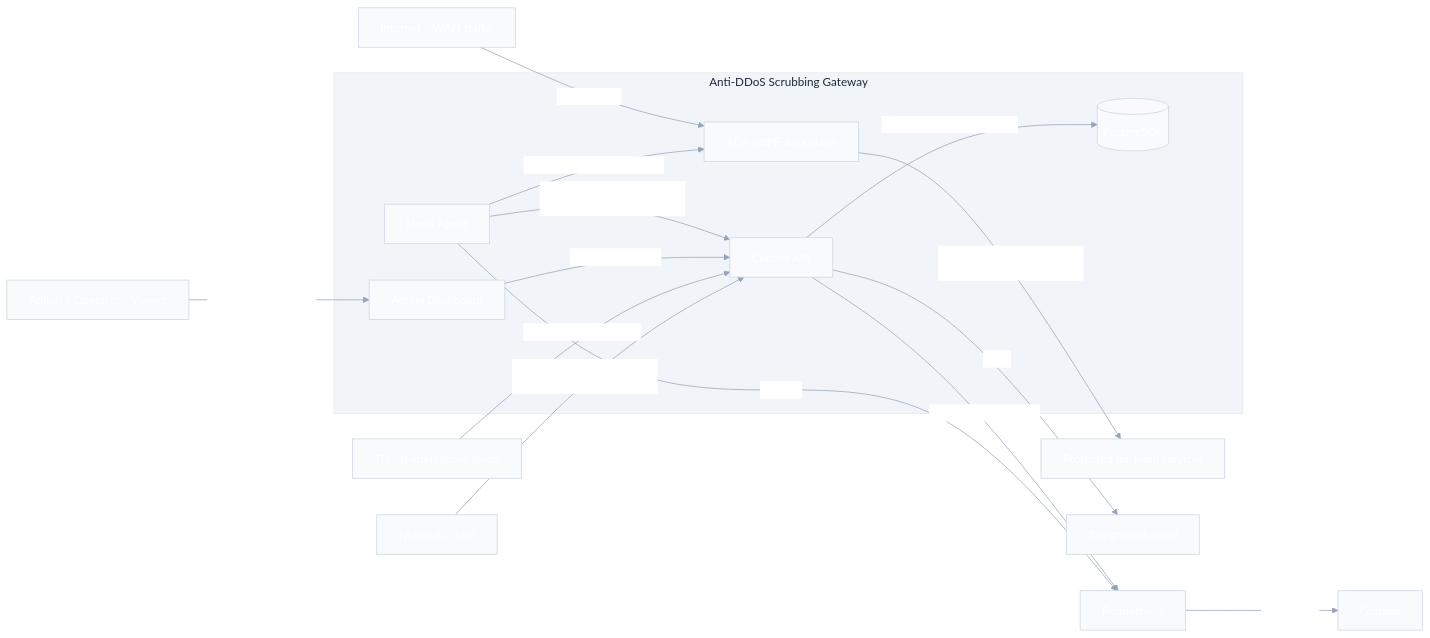
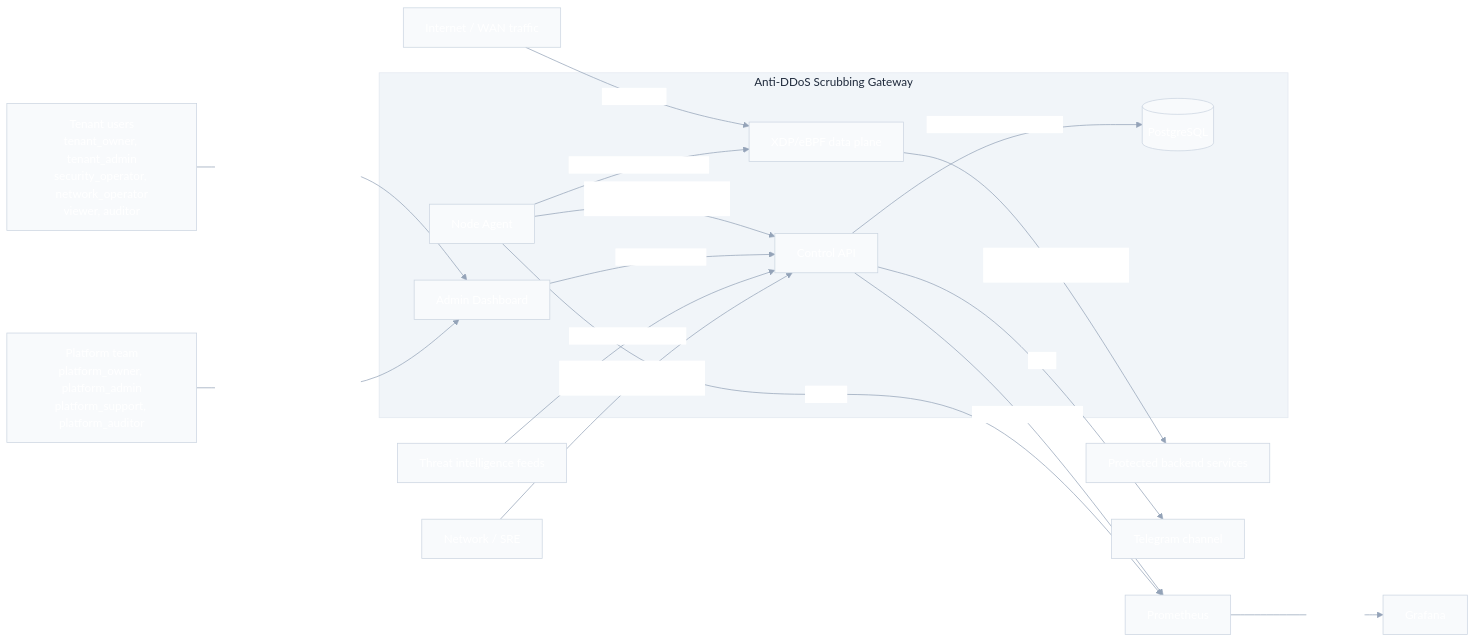
Before and after one commit to ken9xkyo/anti-ddos: the diagram in documents/diagrams/system-context.mmd, drawn with Mermaid. The commit also changed 18 other files, not shown here.

```diff
--- a/documents/diagrams/system-context.mmd
+++ b/documents/diagrams/system-context.mmd
@@ -1,32 +1,34 @@
 %%{init: {'theme': 'base', 'themeVariables': {'primaryColor': '#2563eb', 'primaryTextColor': '#ffffff', 'primaryBorderColor': '#1d4ed8', 'lineColor': '#94a3b8', 'secondaryColor': '#059669', 'tertiaryColor': '#f59e0b', 'background': '#ffffff', 'mainBkg': '#f8fafc', 'nodeBorder': '#cbd5e1', 'clusterBkg': '#f1f5f9', 'clusterBorder': '#e2e8f0', 'titleColor': '#1e293b', 'edgeLabelBackground': '#ffffff', 'textColor': '#334155'}}}%%
 flowchart LR
     network["Internet / WAN traffic"]
     backend["Protected backend services"]
     sre["Network / SRE"]
-    operator["Admin / Operator / Viewer"]
+    tenantUser["Tenant users<br/>tenant_owner, tenant_admin<br/>security_operator, network_operator<br/>viewer, auditor"]
+    platformUser["Platform team<br/>platform_owner, platform_admin<br/>platform_support, platform_auditor"]
     feeds["Threat intelligence feeds"]
     telegram["Telegram channel"]
     prometheus["Prometheus"]
     grafana["Grafana"]
 
     subgraph scrubbing["Anti-DDoS Scrubbing Gateway"]
         dataplane["XDP/eBPF data plane"]
         agent["Node Agent"]
         control["Control API"]
         dashboard["Admin Dashboard"]
         postgres[("PostgreSQL")]
     end
 
     network -->|"IPv4 packets"| dataplane
     dataplane -->|"clean traffic via L2 rewrite + XDP_REDIRECT"| backend
     agent -->|"load, attach, apply snapshot"| dataplane
     agent -->|"register, heartbeat, events, apply ack"| control
     control -->|"policy, RBAC, audit, events"| postgres
     dashboard -->|"HTTPS/JSON API"| control
-    operator -->|"operate tenant scope"| dashboard
+    tenantUser -->|"operate active Customer Account"| dashboard
+    platformUser -->|"tenant lifecycle + support/audit"| dashboard
     feeds -->|"sync reputation entries"| control
     control -->|"alerts"| telegram
     control -->|"metrics proxy / status"| prometheus
     agent -->|"/metrics"| prometheus
     prometheus -->|"dashboards"| grafana
     sre -->|"service inventory, interface roles"| control
```
